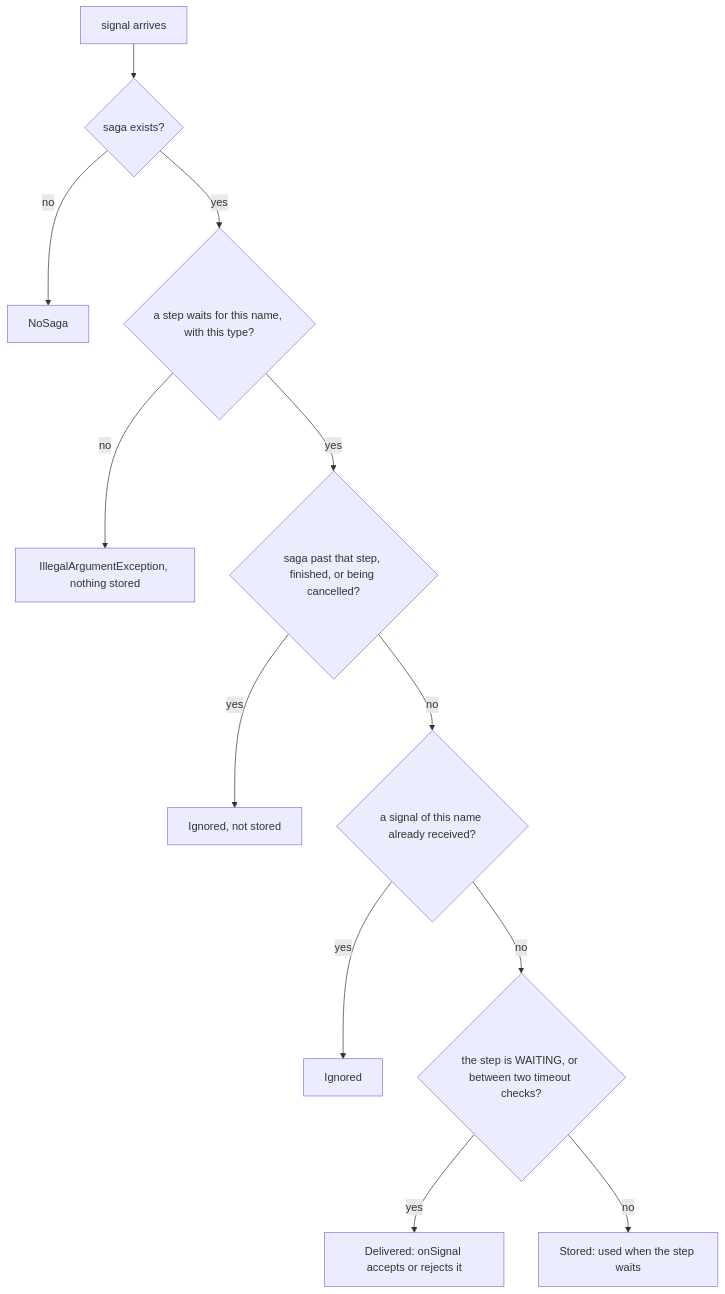
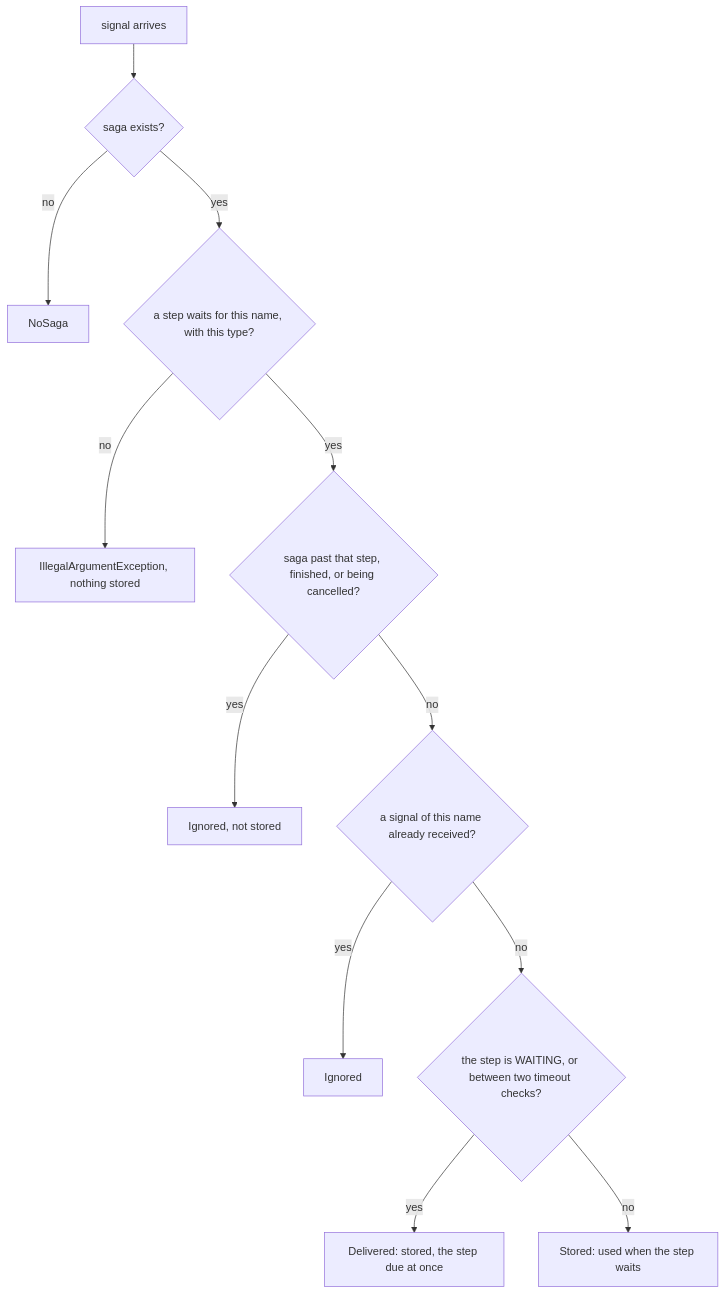
One commit to octogene/akta changed the diagram in docs/how-it-works/signals.md. Above: the diagram before and after it, drawn with Mermaid. The commit also changed other lines of this file and 10 other files, not shown here.

````diff
--- a/docs/how-it-works/signals.md
+++ b/docs/how-it-works/signals.md
@@ -23,14 +23,14 @@
 ```mermaid
 flowchart TD
     S[signal arrives] --> N{saga exists?}
     N -->|no| NS[NoSaga]
     N -->|yes| T{a step waits for this name, with this type?}
     T -->|no| X[IllegalArgumentException, nothing stored]
     T -->|yes| L{saga past that step, finished, or being cancelled?}
     L -->|yes| I1[Ignored, not stored]
     L -->|no| D{a signal of this name already received?}
     D -->|yes| I2[Ignored]
     D -->|no| W{the step is WAITING, or between two timeout checks?}
-    W -->|yes| DL[Delivered: onSignal accepts or rejects it]
+    W -->|yes| DL[Delivered: stored, the step due at once]
     W -->|no| ST[Stored: used when the step waits]
 ```
````
